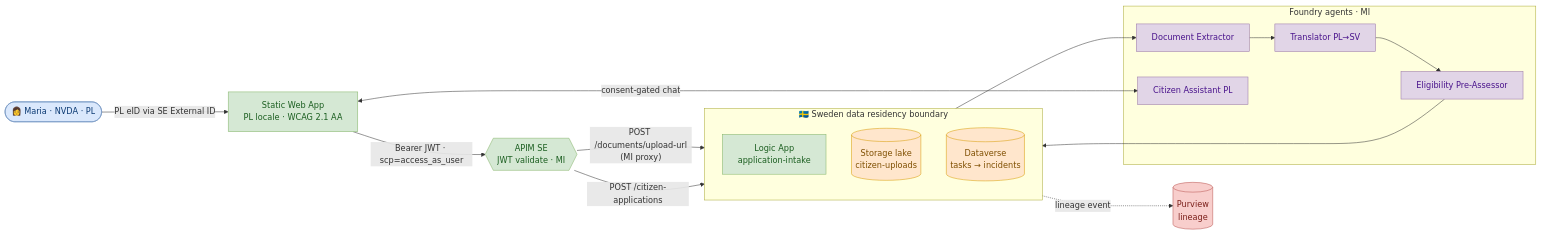
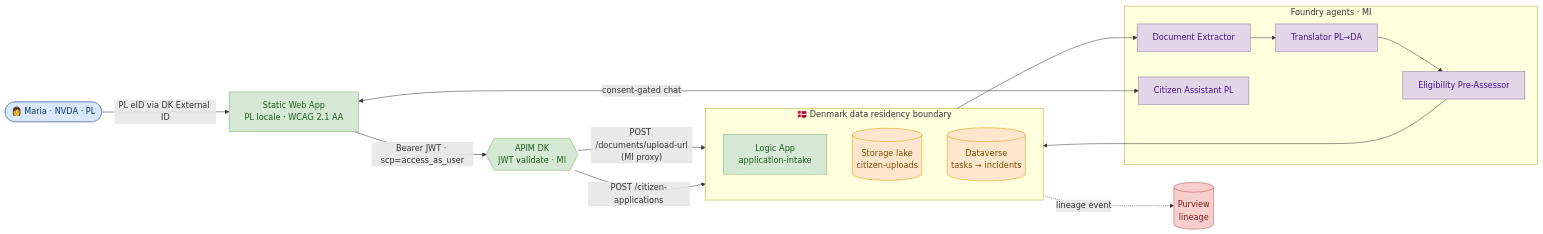
The diagram in docs/biz/uses.md (fredgis/UDCSP), drawn with Mermaid before and after one commit. The commit also changed other lines of this file, not shown here.

First line of the commit message:
docs(uses): relocate Maria from Sweden to Denmark (Demo 3)

````diff
--- a/docs/biz/uses.md
+++ b/docs/biz/uses.md
@@ -307,42 +307,42 @@
 ```mermaid
 flowchart LR
     Maria([👩 Maria · NVDA · PL])
     SWA[Static Web App<br/>PL locale · WCAG 2.1 AA]
-    APIM{{APIM SE<br/>JWT validate · MI}}
+    APIM{{APIM DK<br/>JWT validate · MI}}
 
-    subgraph SE [🇸🇪 Sweden data residency boundary]
+    subgraph DK [🇩🇰 Denmark data residency boundary]
         direction TB
         LA[Logic App<br/>application-intake]
         LAKE[(Storage lake<br/>citizen-uploads)]
         DV[(Dataverse<br/>tasks → incidents)]
     end
 
     subgraph FOUNDRY [Foundry agents · MI]
         DOC[Document Extractor]
-        TR[Translator PL→SV]
+        TR[Translator PL→DA]
         ELIG[Eligibility Pre-Assessor]
         ASSIST[Citizen Assistant PL]
     end
 
     PUR[(Purview<br/>lineage)]
 
-    Maria -- "PL eID via SE External ID" --> SWA
+    Maria -- "PL eID via DK External ID" --> SWA
     SWA -- "Bearer JWT · scp=access_as_user" --> APIM
     SWA <-- "consent-gated chat" --> ASSIST
     APIM -- "POST /documents/upload-url<br/>(MI proxy)" --> LAKE
     APIM -- "POST /citizen-applications" --> LA
     LA --> DOC --> TR --> ELIG --> DV
     LA -. "lineage event" .-> PUR
 
     classDef citizen fill:#dae8fc,stroke:#6c8ebf,color:#0b3a73;
     classDef app fill:#d5e8d4,stroke:#82b366,color:#1b5e20;
     classDef ai fill:#e1d5e7,stroke:#9673a6,color:#4a148c;
     classDef store fill:#ffe6cc,stroke:#d79b00,color:#7f4f00;
     classDef gov fill:#f8cecc,stroke:#b85450,color:#7b1f1a;
 
     class Maria citizen;
     class SWA,APIM,LA app;
     class DOC,TR,ELIG,ASSIST ai;
     class LAKE,DV store;
     class PUR gov;
 ```
````
